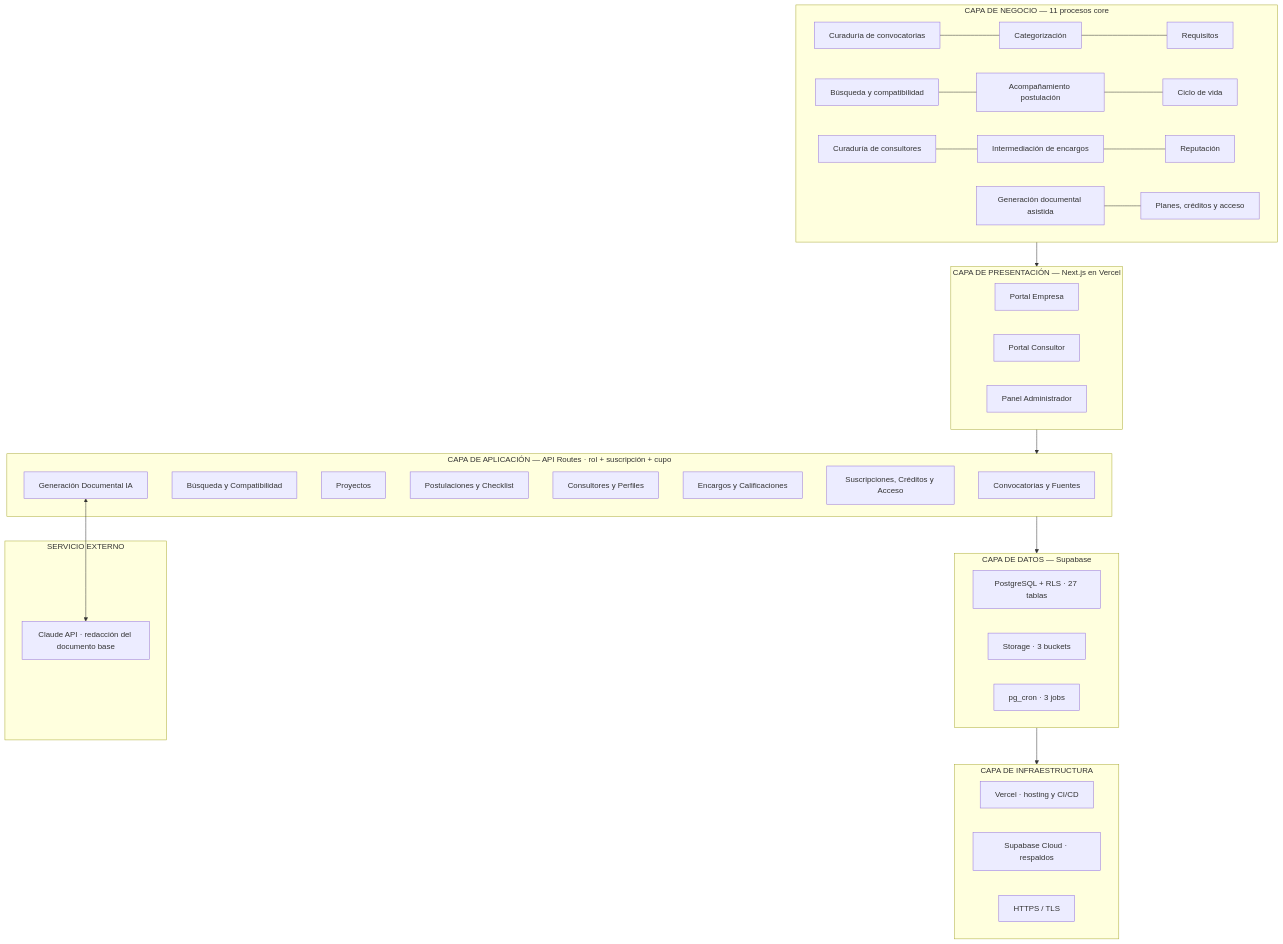
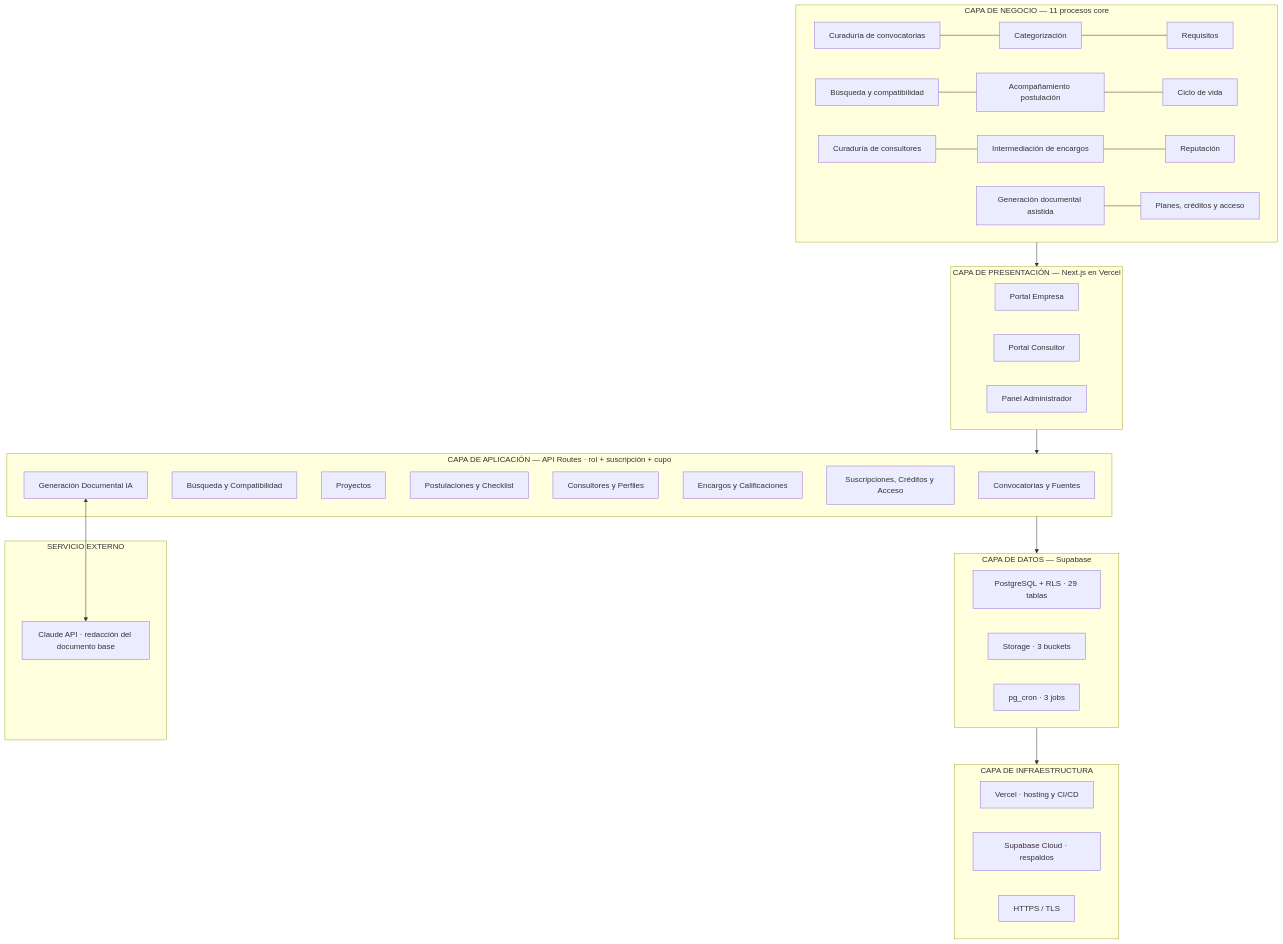
Before and after one commit to danielangeline/Convocatorias: the diagram in docs/04-arquitectura.md, drawn with Mermaid. The commit also changed other lines of this file and 40 other files, not shown here.

````diff
--- a/docs/04-arquitectura.md
+++ b/docs/04-arquitectura.md
@@ -12,39 +12,39 @@
 ```mermaid
 flowchart TB
     subgraph NEGOCIO["CAPA DE NEGOCIO — 11 procesos core"]
         P1["Curaduría de convocatorias"] --- P2["Categorización"] --- P3["Requisitos"]
         P4["Búsqueda y compatibilidad"] --- P5["Acompañamiento postulación"] --- P6["Ciclo de vida"]
         P7["Curaduría de consultores"] --- P8["Intermediación de encargos"] --- P9["Reputación"]
         P10["Generación documental asistida"] --- P11["Planes, créditos y acceso"]
     end
     subgraph PRESENTACION["CAPA DE PRESENTACIÓN — Next.js en Vercel"]
         PU["Portal Empresa"]
         PC["Portal Consultor"]
         PA["Panel Administrador"]
     end
     subgraph APLICACION["CAPA DE APLICACIÓN — API Routes · rol + suscripción + cupo"]
         S1["Convocatorias y Fuentes"]
         S2["Búsqueda y Compatibilidad"]
         S3["Proyectos"]
         S4["Postulaciones y Checklist"]
         S5["Consultores y Perfiles"]
         S6["Encargos y Calificaciones"]
         S7["Suscripciones, Créditos y Acceso"]
         S8["Generación Documental IA"]
     end
     subgraph IA["SERVICIO EXTERNO"]
         CL["Claude API · redacción del documento base"]
     end
     subgraph DATOS["CAPA DE DATOS — Supabase"]
-        DB["PostgreSQL + RLS · 27 tablas"]
+        DB["PostgreSQL + RLS · 29 tablas"]
         ST["Storage · 3 buckets"]
         CR["pg_cron · 3 jobs"]
     end
     subgraph INFRA["CAPA DE INFRAESTRUCTURA"]
         V["Vercel · hosting y CI/CD"]
         SC["Supabase Cloud · respaldos"]
         TLS["HTTPS / TLS"]
     end
     NEGOCIO --> PRESENTACION --> APLICACION --> DATOS --> INFRA
     S8 <--> CL
 ```
````
